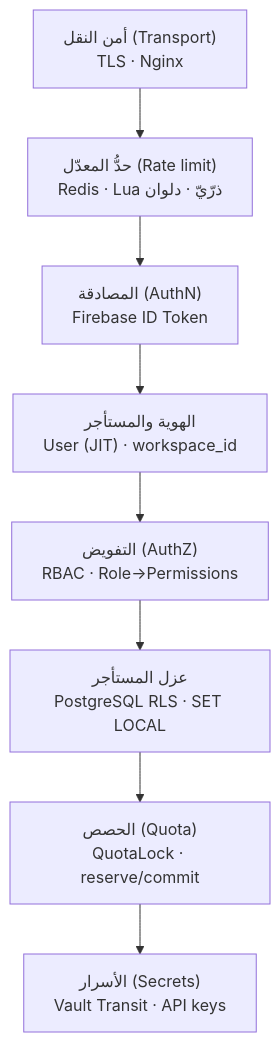
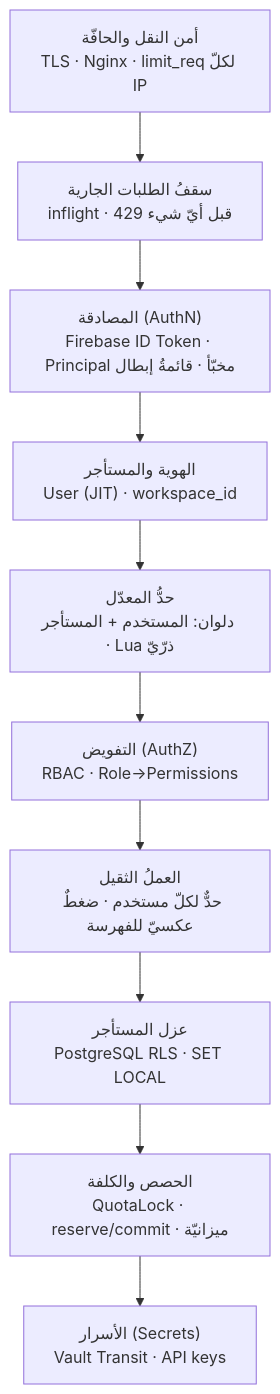
The seventh of 8 diagrams in docs/architecture.md (anastawahia/aizzak), drawn with Mermaid before and after one commit. The commit also changed other lines of this file and 1 other file, not shown here.

First line of the commit message:
docs: sync architecture doc to current code (v2.1)

````diff
--- a/docs/architecture.md
+++ b/docs/architecture.md
@@ -502,13 +585,15 @@
 ```mermaid
 graph TD
-    T["أمن النقل (Transport)<br/>TLS · Nginx"]
-    Rate["حدُّ المعدّل (Rate limit)<br/>Redis · Lua ذرّيّ · دلوان"]
-    AuthN["المصادقة (AuthN)<br/>Firebase ID Token"]
+    T["أمن النقل والحافّة<br/>TLS · Nginx · limit_req لكلّ IP"]
+    Burst["سقفُ الطلبات الجارية<br/>inflight · 429 قبل أيّ شيء"]
+    AuthN["المصادقة (AuthN)<br/>Firebase ID Token · Principal مخبّأ · قائمةُ إبطال"]
     Identity["الهوية والمستأجر<br/>User (JIT) · workspace_id"]
+    Rate["حدُّ المعدّل<br/>دلوان: المستخدم + المستأجر · Lua ذرّيّ"]
     AuthZ["التفويض (AuthZ)<br/>RBAC · Role→Permissions"]
+    Heavy["العملُ الثقيل<br/>حدٌّ لكلّ مستخدم · ضغطٌ عكسيّ للفهرسة"]
     RLS["عزل المستأجر<br/>PostgreSQL RLS · SET LOCAL"]
-    Quota["الحصص (Quota)<br/>QuotaLock · reserve/commit"]
+    Quota["الحصص والكلفة<br/>QuotaLock · reserve/commit · ميزانيّة"]
     Secrets["الأسرار (Secrets)<br/>Vault Transit · API keys"]
 
-    T --> Rate --> AuthN --> Identity --> AuthZ --> RLS --> Quota --> Secrets
+    T --> Burst --> AuthN --> Identity --> Rate --> AuthZ --> Heavy --> RLS --> Quota --> Secrets
 ```
````
